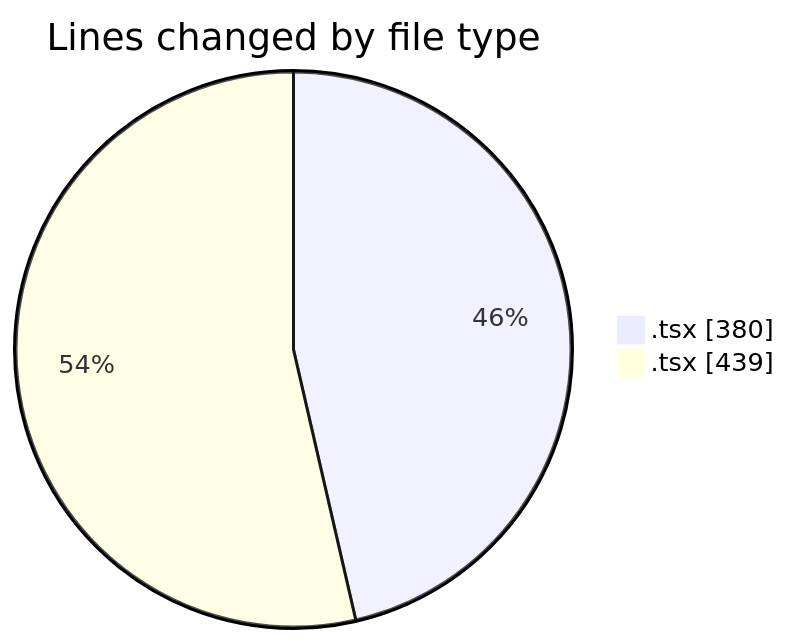
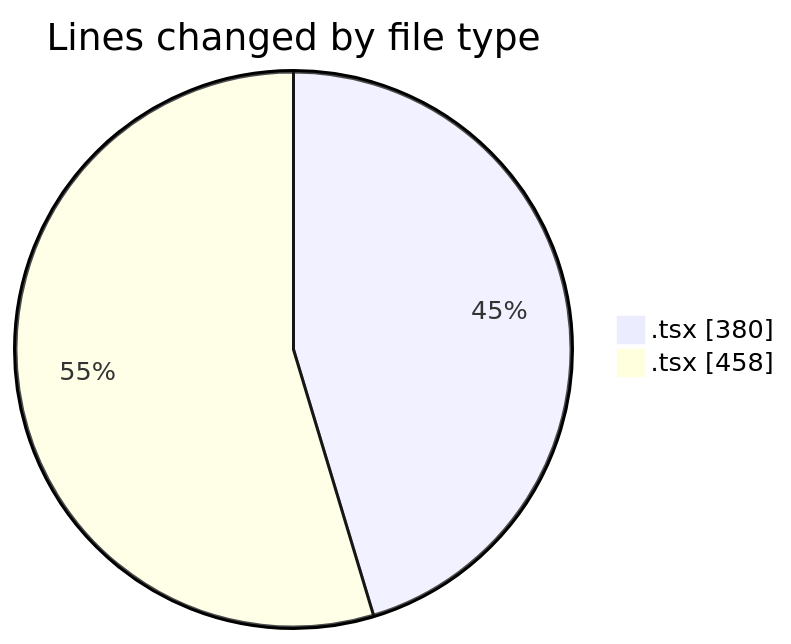
One commit to robertbonfada/code-tracking changed the first of 2 diagrams in 2025-02-06/mbc-web/README.md. Above: the diagram before and after it, drawn with Mermaid. The commit also changed other lines of this file and 1 other file, not shown here.

````diff
--- a/2025-02-06/mbc-web/README.md
+++ b/2025-02-06/mbc-web/README.md
@@ -23,6 +24,6 @@
 ```mermaid
 pie showData
 title Lines changed by file type
 ".tsx " : 380
-".tsx" : 439
+".tsx" : 458
 ```
````
